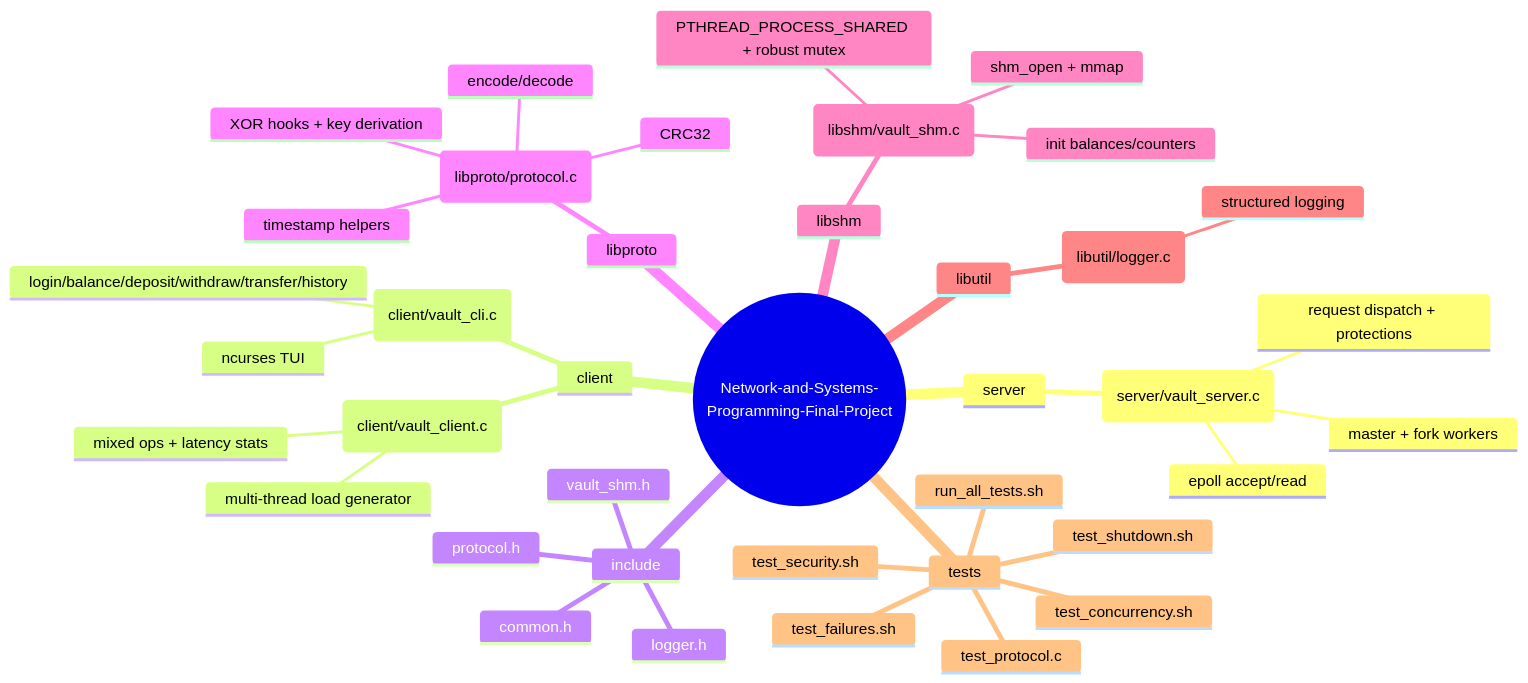
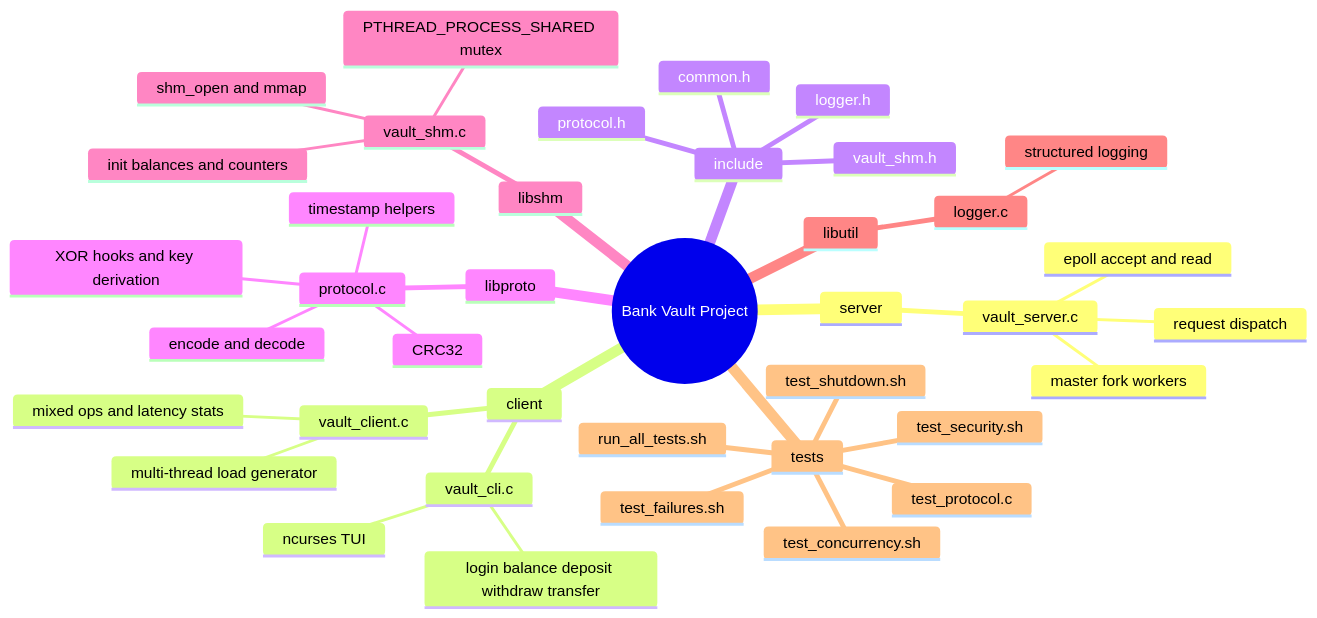
The fourth of 4 diagrams in ARCHITECTURE.md (neil930220/Network-and-Systems-Programming-Final-Project), drawn with Mermaid before and after one commit. The commit also changed other lines of this file, not shown here.

````diff
--- a/ARCHITECTURE.md
+++ b/ARCHITECTURE.md
@@ -160,42 +160,42 @@
 ```mermaid
 mindmap
-  root((Network-and-Systems-Programming-Final-Project))
+  root((Bank Vault Project))
     server
-      vault_server.c (server/vault_server.c)
-        master + fork workers
-        epoll accept/read
-        request dispatch + protections
+      vault_server.c
+        master fork workers
+        epoll accept and read
+        request dispatch
     client
-      vault_cli.c (client/vault_cli.c)
+      vault_cli.c
         ncurses TUI
-        login/balance/deposit/withdraw/transfer/history
-      vault_client.c (client/vault_client.c)
+        login balance deposit withdraw transfer
+      vault_client.c
         multi-thread load generator
-        mixed ops + latency stats
+        mixed ops and latency stats
     include
       common.h
       protocol.h
       vault_shm.h
       logger.h
     libproto
-      protocol.c (libproto/protocol.c)
-        encode/decode
+      protocol.c
+        encode and decode
         CRC32
-        XOR hooks + key derivation
+        XOR hooks and key derivation
         timestamp helpers
     libshm
-      vault_shm.c (libshm/vault_shm.c)
-        shm_open + mmap
-        PTHREAD_PROCESS_SHARED + robust mutex
-        init balances/counters
+      vault_shm.c
+        shm_open and mmap
+        PTHREAD_PROCESS_SHARED mutex
+        init balances and counters
     libutil
-      logger.c (libutil/logger.c)
+      logger.c
         structured logging
     tests
       test_protocol.c
       run_all_tests.sh
       test_failures.sh
       test_shutdown.sh
       test_concurrency.sh
       test_security.sh
 ```
````
